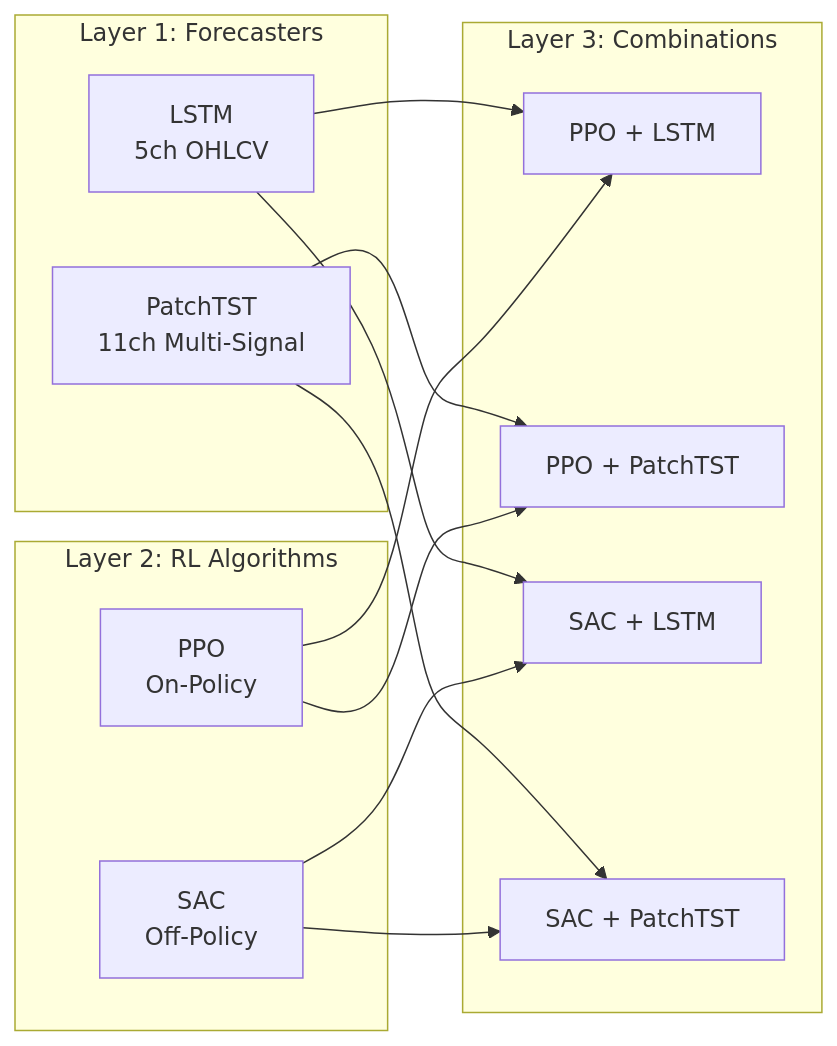
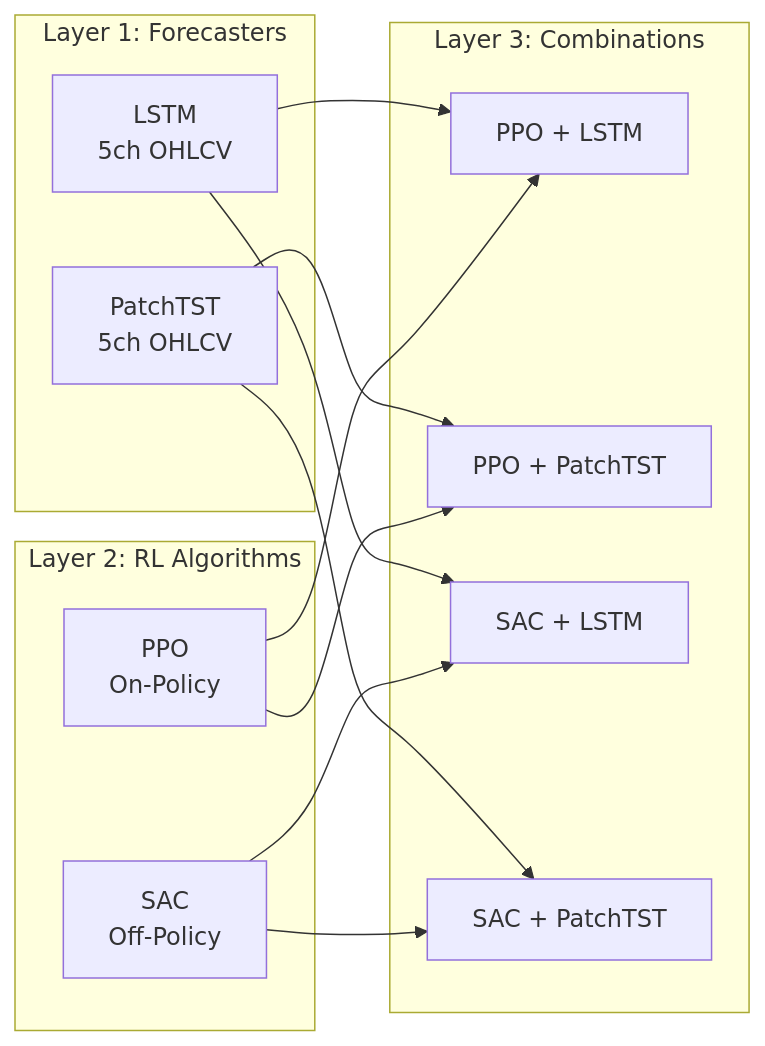
Before and after one commit to hajirazin/LearnFinance-2025: the third of 3 diagrams in brain_api/docs/flow_diagrams/combined.md, drawn with Mermaid. The commit also changed 23 other files, not shown here.

First line of the commit message:
docs(*): update PatchTST labels from Multi-Signal to OHLCV

````diff
--- a/brain_api/docs/flow_diagrams/combined.md
+++ b/brain_api/docs/flow_diagrams/combined.md
@@ -253,24 +253,24 @@
 ```mermaid
 graph LR
     subgraph Layer1 [Layer 1: Forecasters]
         L1A["LSTM<br>5ch OHLCV"]
-        L1B["PatchTST<br>11ch Multi-Signal"]
+        L1B["PatchTST<br>5ch OHLCV"]
     end
 
     subgraph Layer2 [Layer 2: RL Algorithms]
         L2A["PPO<br>On-Policy"]
         L2B["SAC<br>Off-Policy"]
     end
 
     subgraph Layer3 [Layer 3: Combinations]
         L3A[PPO + LSTM]
         L3B[PPO + PatchTST]
         L3C[SAC + LSTM]
         L3D[SAC + PatchTST]
     end
 
     L1A --> L3A & L3C
     L1B --> L3B & L3D
     L2A --> L3A & L3B
     L2B --> L3C & L3D
 ```
````
